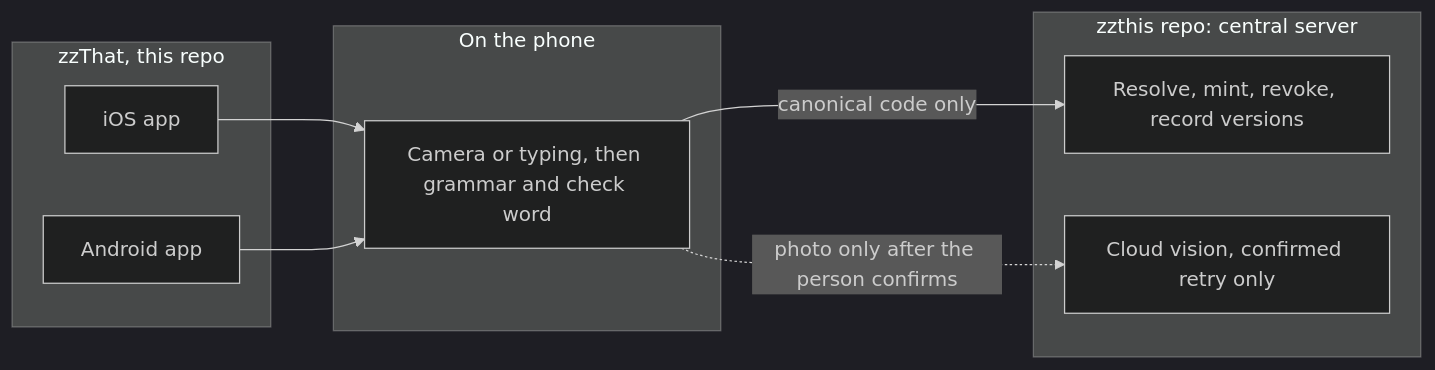
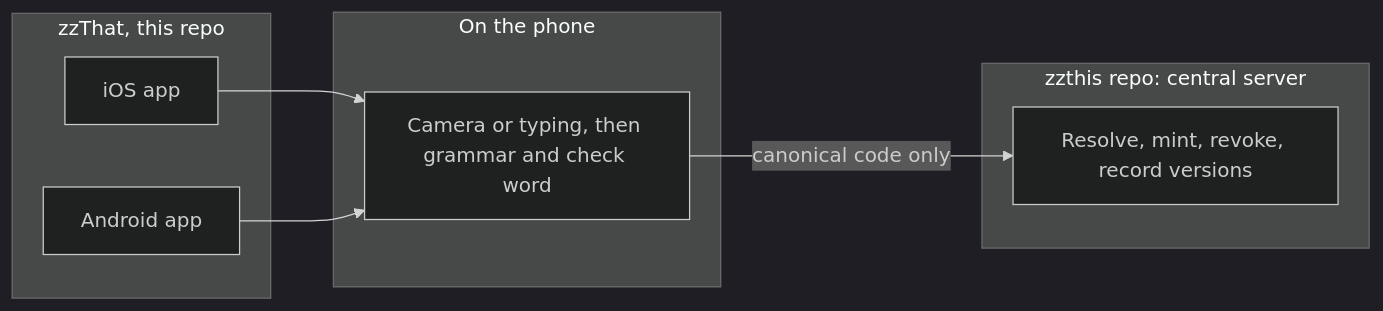
One commit to Zero-State-LLC/zzthat changed the diagram in README.md. Above: the diagram before and after it, drawn with Mermaid (dark theme). The commit also changed other lines of this file and 10 other files, not shown here.

Commit message:
Document native capture qualification and enforce local photo cleanup

````diff
--- a/README.md
+++ b/README.md
@@ -93,18 +93,16 @@
 ```mermaid
 flowchart LR
   subgraph That["zzThat, this repo"]
     iOS["iOS app"]
     Android["Android app"]
   end
   subgraph Phone["On the phone"]
     Local["Camera or typing, then grammar and check word"]
   end
   subgraph Server["zzthis repo: central server"]
     API["Resolve, mint, revoke, record versions"]
-    Vision["Cloud vision, confirmed retry only"]
   end
   iOS --> Local
   Android --> Local
   Local -->|"canonical code only"| API
-  Local -.->|"photo only after the person confirms"| Vision
 ```
````
